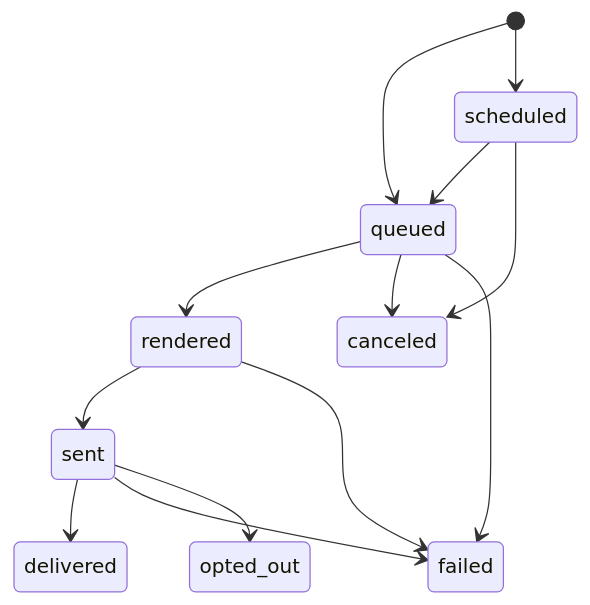
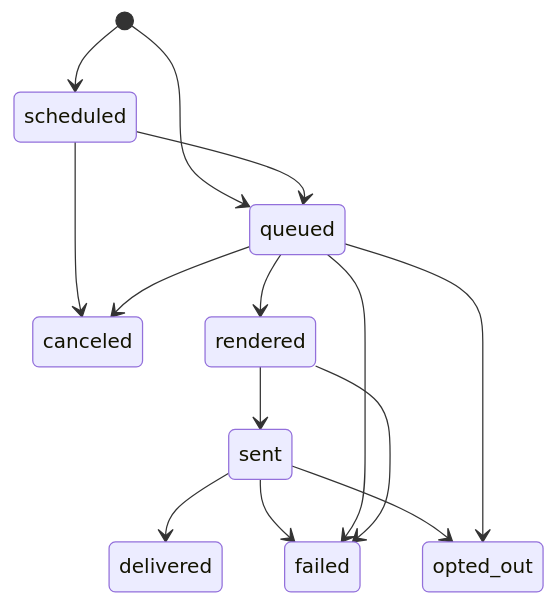
The diagram in concepts/messages.mdx (senderkit/docs), drawn with Mermaid before and after one commit. The commit also changed other lines of this file and 6 other files, not shown here.

````diff
--- a/concepts/messages.mdx
+++ b/concepts/messages.mdx
@@ -15,15 +15,16 @@
 ```mermaid
 stateDiagram-v2
     [*] --> queued
     [*] --> scheduled
     scheduled --> queued
     scheduled --> canceled
     queued --> rendered
     queued --> canceled
     rendered --> sent
     sent --> delivered
     sent --> failed
     sent --> opted_out
+    queued --> opted_out
     queued --> failed
     rendered --> failed
 ```
````
